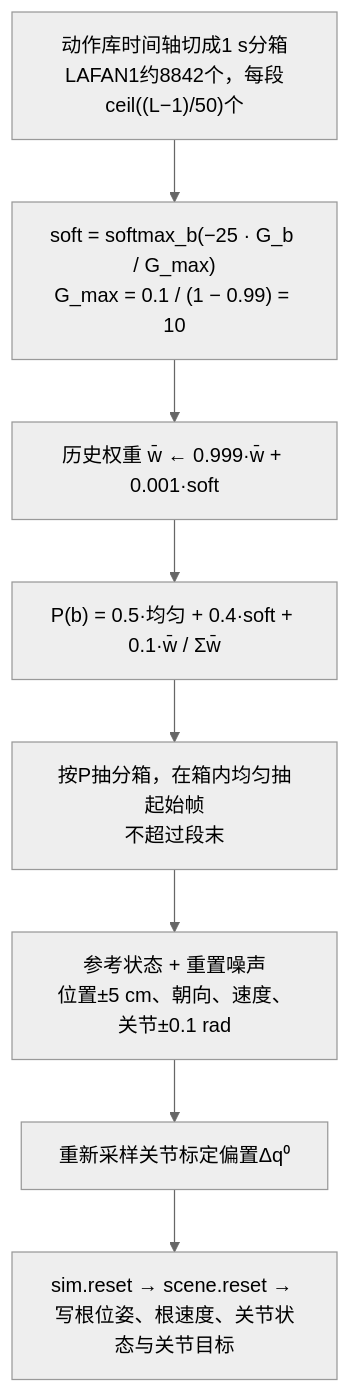
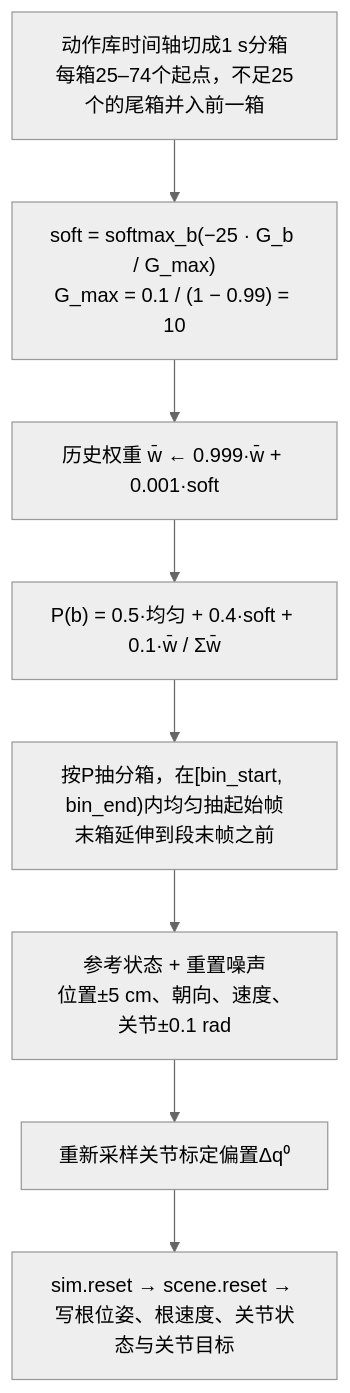
Before and after one commit to RaraAlu/Supermimic: the fourth of 10 diagrams in docs/analysis/training_pipeline.md, drawn with Mermaid (neutral theme). The commit also changed other lines of this file and 11 other files, not shown here.

````diff
--- a/docs/analysis/training_pipeline.md
+++ b/docs/analysis/training_pipeline.md
@@ -235,10 +245,10 @@
 ```mermaid
 flowchart TD
-    BINS["动作库时间轴切成1 s分箱<br/>LAFAN1约8842个，每段ceil((L−1)/50)个"] --> SOFT["soft = softmax_b(−25 · G_b / G_max)<br/>G_max = 0.1 / (1 − 0.99) = 10"]
+    BINS["动作库时间轴切成1 s分箱<br/>每箱25–74个起点，不足25个的尾箱并入前一箱"] --> SOFT["soft = softmax_b(−25 · G_b / G_max)<br/>G_max = 0.1 / (1 − 0.99) = 10"]
     SOFT --> AVG["历史权重 w̄ ← 0.999·w̄ + 0.001·soft"]
     AVG --> MIX["P(b) = 0.5·均匀 + 0.4·soft + 0.1·w̄ / Σw̄"]
-    MIX --> PICK["按P抽分箱，在箱内均匀抽起始帧<br/>不超过段末"]
+    MIX --> PICK["按P抽分箱，在[bin_start, bin_end)内均匀抽起始帧<br/>末箱延伸到段末帧之前"]
     PICK --> STATE["参考状态 + 重置噪声<br/>位置±5 cm、朝向、速度、关节±0.1 rad"]
     STATE --> DR["重新采样关节标定偏置Δq⁰"]
     DR --> WRITE["sim.reset → scene.reset → 写根位姿、根速度、关节状态与关节目标"]
 ```
````
